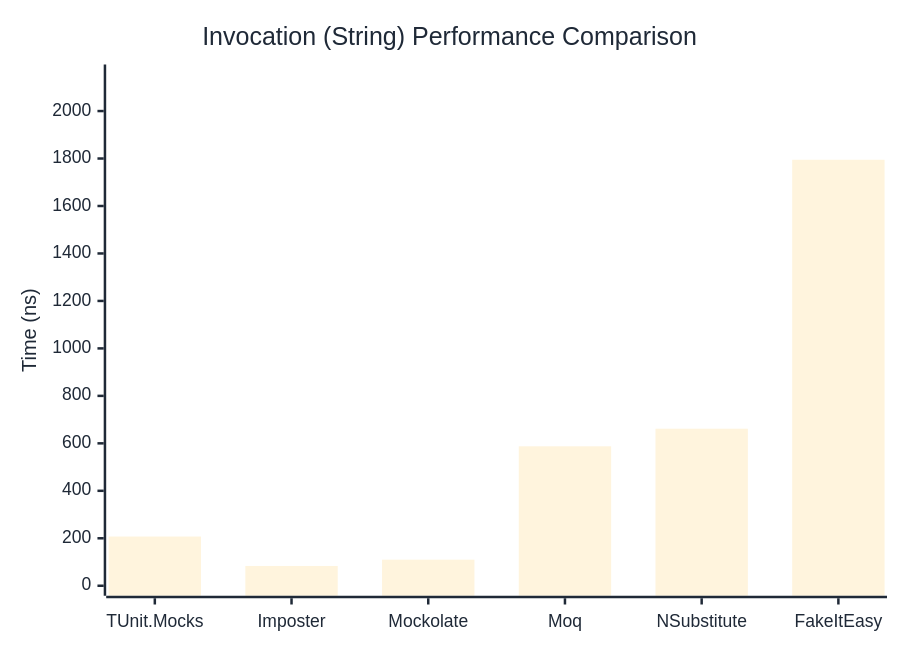
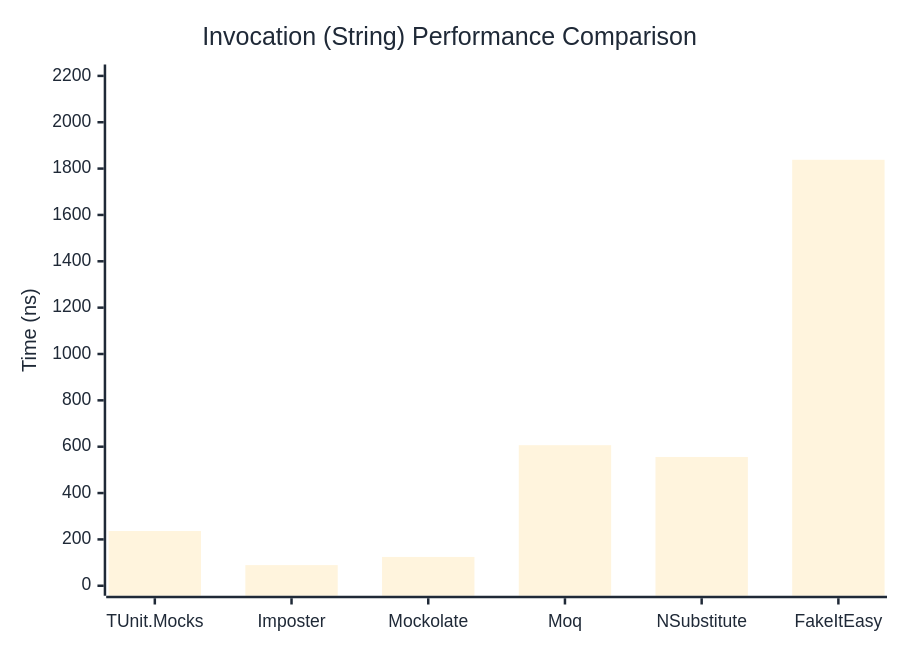
The second of 3 diagrams in docs/docs/benchmarks/mocks/Invocation.md (thomhurst/TUnit), drawn with Mermaid before and after one commit. The commit also changed other lines of this file and 14 other files, not shown here.

````diff
--- a/docs/docs/benchmarks/mocks/Invocation.md
+++ b/docs/docs/benchmarks/mocks/Invocation.md
@@ -71,27 +71,27 @@
 ```mermaid
 %%{init: {
   'theme':'base',
   'themeVariables': {
     'primaryColor': '#2563eb',
     'primaryTextColor': '#1f2937',
     'primaryBorderColor': '#1e40af',
     'lineColor': '#6b7280',
     'secondaryColor': '#7c3aed',
     'tertiaryColor': '#dc2626',
     'background': '#ffffff',
     'pie1': '#2563eb',
     'pie2': '#7c3aed',
     'pie3': '#dc2626',
     'pie4': '#f59e0b',
     'pie5': '#10b981',
     'pie6': '#06b6d4',
     'pie7': '#ec4899',
     'pie8': '#6366f1'
   }
 }}%%
 xychart-beta
   title "Invocation (String) Performance Comparison"
   x-axis ["TUnit.Mocks", "Imposter", "Mockolate", "Moq", "NSubstitute", "FakeItEasy"]
-  y-axis "Time (ns)" 0 --> 2154
-  bar [207.4, 83.43, 109.87, 587.53, 661.64, 1794.79]
+  y-axis "Time (ns)" 0 --> 2206
+  bar [236.16, 89.09, 124.35, 606.46, 555.68, 1837.95]
 ```
````
